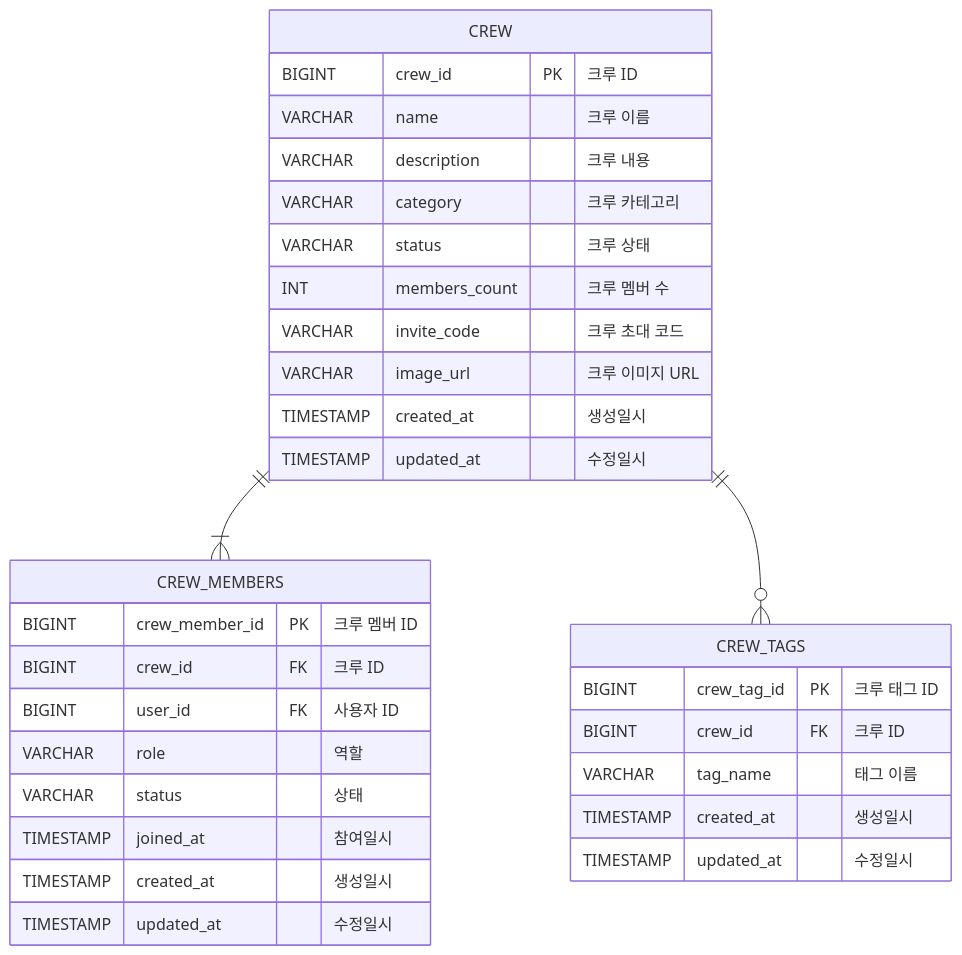
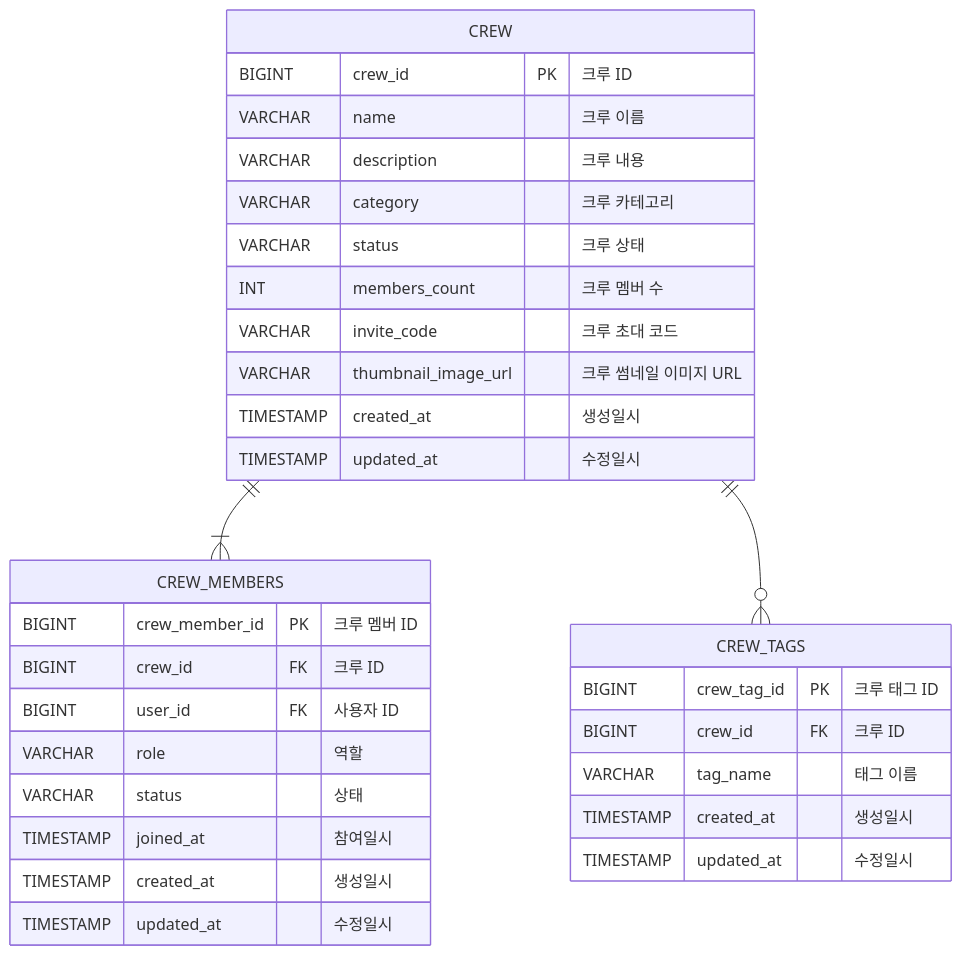
One commit to groom-link/groom-server changed the diagram in docs/crew.md. Above: the diagram before and after it, drawn with Mermaid.

Commit message:
docs(crew) : 크루 이미지 URL 접두사 추가 "썸네일"

````diff
--- a/docs/crew.md
+++ b/docs/crew.md
@@ -5,37 +5,37 @@
 ```mermaid
 erDiagram
     CREW ||--|{ CREW_MEMBERS: ""
     CREW ||--o{ CREW_TAGS: ""
     
     CREW {
         BIGINT crew_id PK "크루 ID"
         VARCHAR name "크루 이름"
         VARCHAR description "크루 내용"
         VARCHAR category "크루 카테고리"
         VARCHAR status "크루 상태"
         INT members_count "크루 멤버 수"
         VARCHAR invite_code "크루 초대 코드"
-        VARCHAR image_url "크루 이미지 URL"
+        VARCHAR thumbnail_image_url "크루 썸네일 이미지 URL"
         TIMESTAMP created_at "생성일시"
         TIMESTAMP updated_at "수정일시"
     }
     
     CREW_TAGS {
         BIGINT crew_tag_id PK "크루 태그 ID"
         BIGINT crew_id FK "크루 ID"
         VARCHAR tag_name "태그 이름"
         TIMESTAMP created_at "생성일시"
         TIMESTAMP updated_at "수정일시"
     }
     
     CREW_MEMBERS {
         BIGINT crew_member_id PK "크루 멤버 ID"
         BIGINT crew_id FK "크루 ID"
         BIGINT user_id FK "사용자 ID"
         VARCHAR role "역할"
         VARCHAR status "상태"
         TIMESTAMP joined_at "참여일시"
         TIMESTAMP created_at "생성일시"
         TIMESTAMP updated_at "수정일시"
     }
 ```
````
